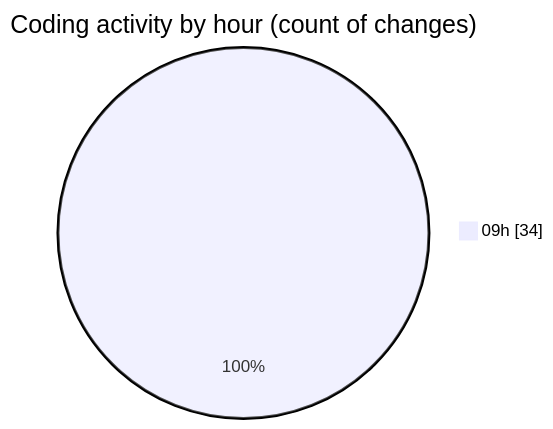
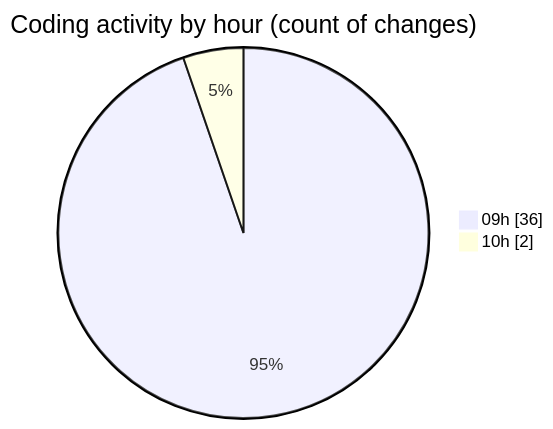
The second of 2 diagrams in 2026-04-16/cda/README.md (momahboobian/code-tracking), drawn with Mermaid before and after one commit. The commit also changed other lines of this file and 1 other file, not shown here.

````diff
--- a/2026-04-16/cda/README.md
+++ b/2026-04-16/cda/README.md
@@ -31,5 +31,6 @@
 ```mermaid
 pie showData
 title Coding activity by hour (count of changes)
-"09h" : 34
+"09h" : 36
+"10h" : 2
 ```
````
